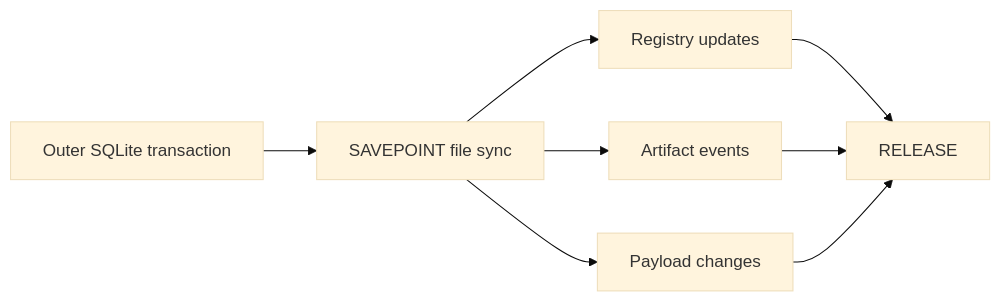
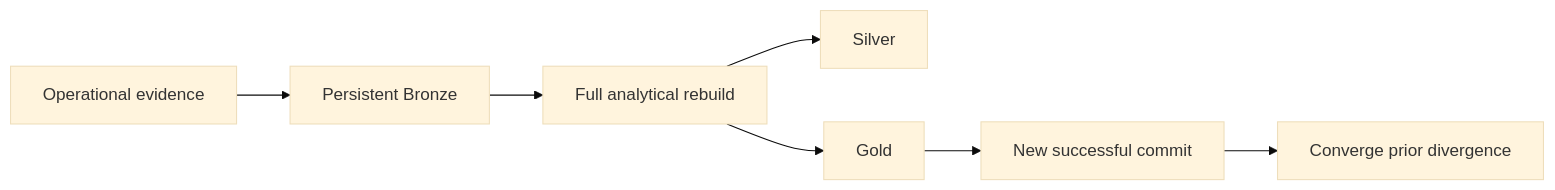
Before and after one commit to tks18/personal-finance-etl: the fifth of 7 diagrams in docs/architecture/reliability-and-recovery.md, drawn with Mermaid (base theme). The commit also changed other lines of this file and 10 other files, not shown here.

Commit message:
docs: update docs/architecture for latest version

````diff
--- a/docs/architecture/reliability-and-recovery.md
+++ b/docs/architecture/reliability-and-recovery.md
@@ -177,10 +259,9 @@
 ```mermaid
 flowchart LR
-    TX[Outer SQLite transaction] --> SP1[SAVEPOINT file sync]
-    SP1 --> A[Registry updates]
-    SP1 --> E[Artifact events]
-    SP1 --> P[Payload changes]
-    A --> REL[RELEASE]
-    E --> REL
-    P --> REL
+    CP[Operational evidence] --> BR[Persistent Bronze]
+    BR --> REBUILD[Full analytical rebuild]
+    REBUILD --> S[Silver]
+    REBUILD --> G[Gold]
+    G --> COMMIT[New successful commit]
+    COMMIT --> CONV[Converge prior divergence]
 ```
````
